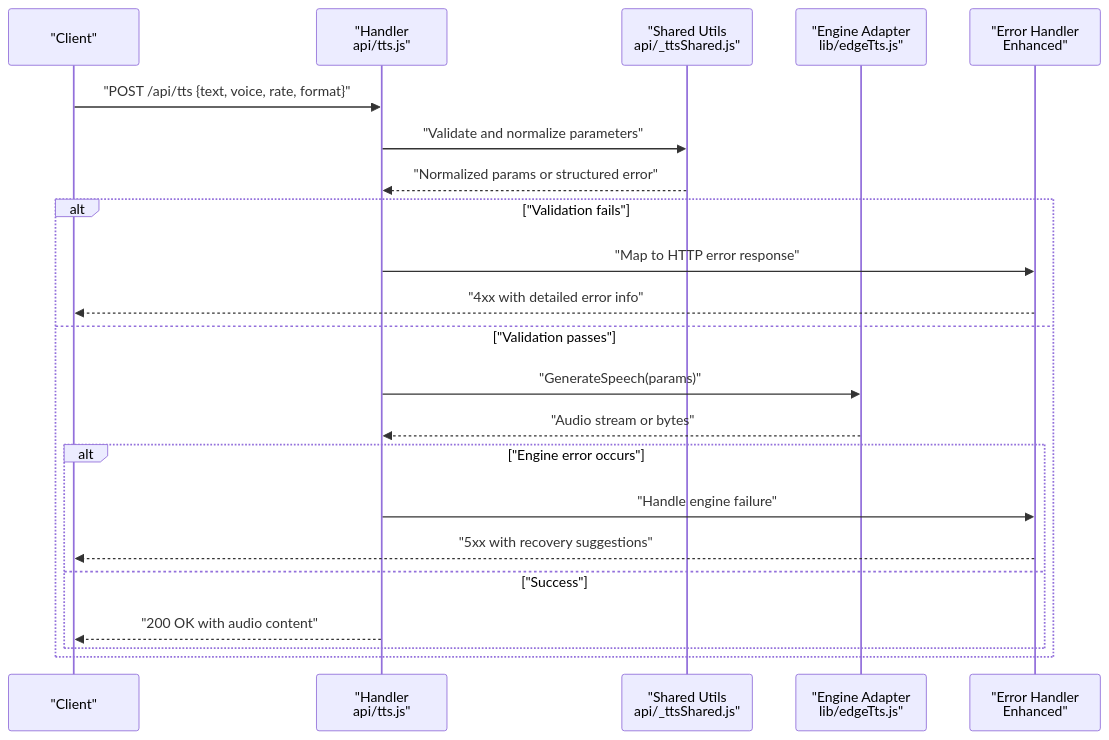
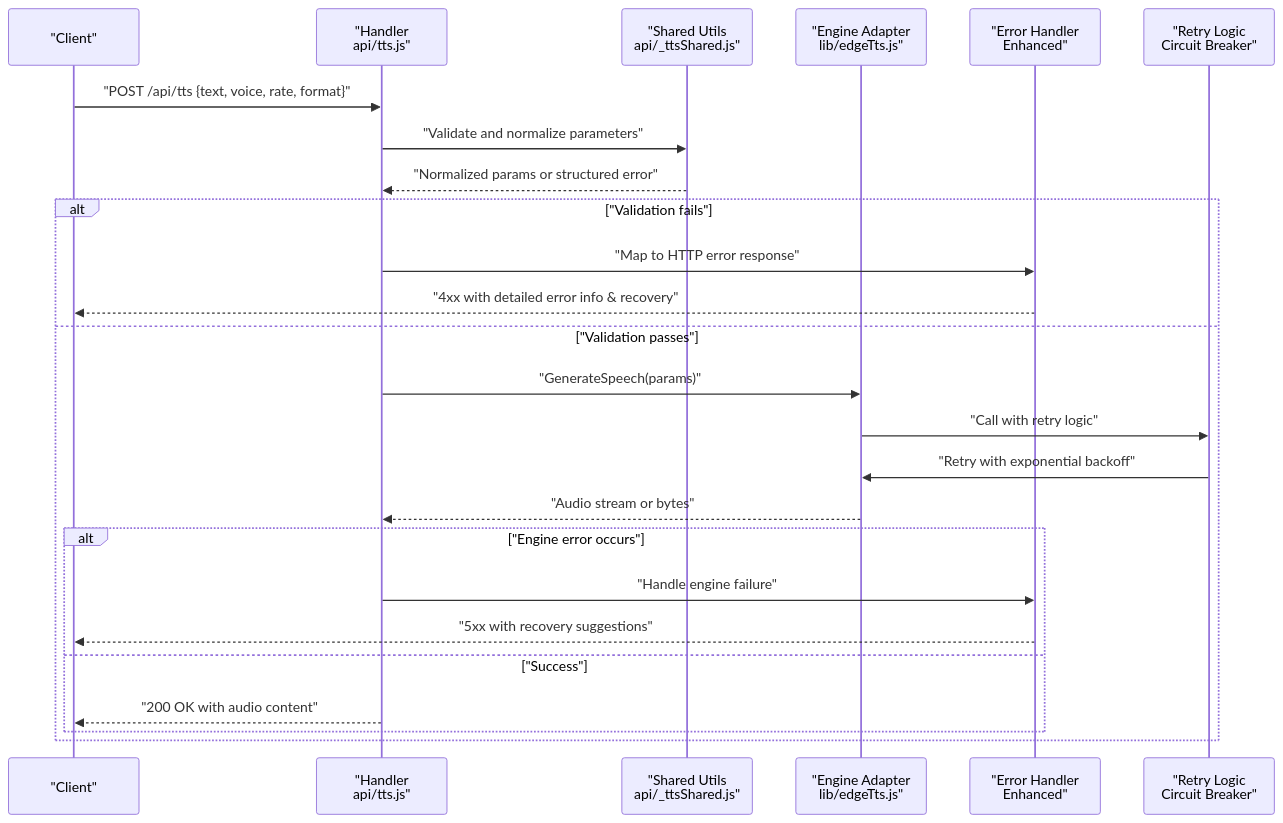
One commit to zmyeo54/briefroom changed the second of 5 diagrams in .qoder/repowiki/en/content/API Reference/Text-to-Speech API.md. Above: the diagram before and after it, drawn with Mermaid. The commit also changed other lines of this file and 7 other files, not shown here.

First line of the commit message:
feat(tts): enhance stability with retry logic and circuit breaker patterns

````diff
--- a/.qoder/repowiki/en/content/API Reference/Text-to-Speech API.md
+++ b/.qoder/repowiki/en/content/API Reference/Text-to-Speech API.md
@@ -87,24 +92,27 @@
 ```mermaid
 sequenceDiagram
 participant C as "Client"
 participant H as "Handler<br/>api/tts.js"
 participant S as "Shared Utils<br/>api/_ttsShared.js"
 participant E as "Engine Adapter<br/>lib/edgeTts.js"
 participant EH as "Error Handler<br/>Enhanced"
+participant RB as "Retry Logic<br/>Circuit Breaker"
 C->>H : "POST /api/tts {text, voice, rate, format}"
 H->>S : "Validate and normalize parameters"
 S-->>H : "Normalized params or structured error"
 alt "Validation fails"
 H->>EH : "Map to HTTP error response"
-EH-->>C : "4xx with detailed error info"
+EH-->>C : "4xx with detailed error info & recovery"
 else "Validation passes"
 H->>E : "GenerateSpeech(params)"
+E->>RB : "Call with retry logic"
+RB->>E : "Retry with exponential backoff"
 E-->>H : "Audio stream or bytes"
 alt "Engine error occurs"
 H->>EH : "Handle engine failure"
 EH-->>C : "5xx with recovery suggestions"
 else "Success"
 H-->>C : "200 OK with audio content"
 end
 end
 ```
````
